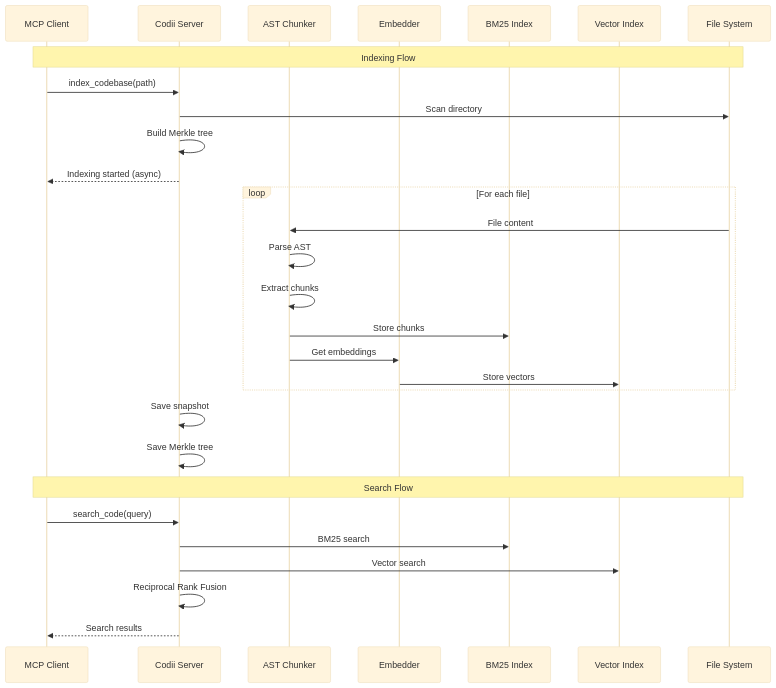
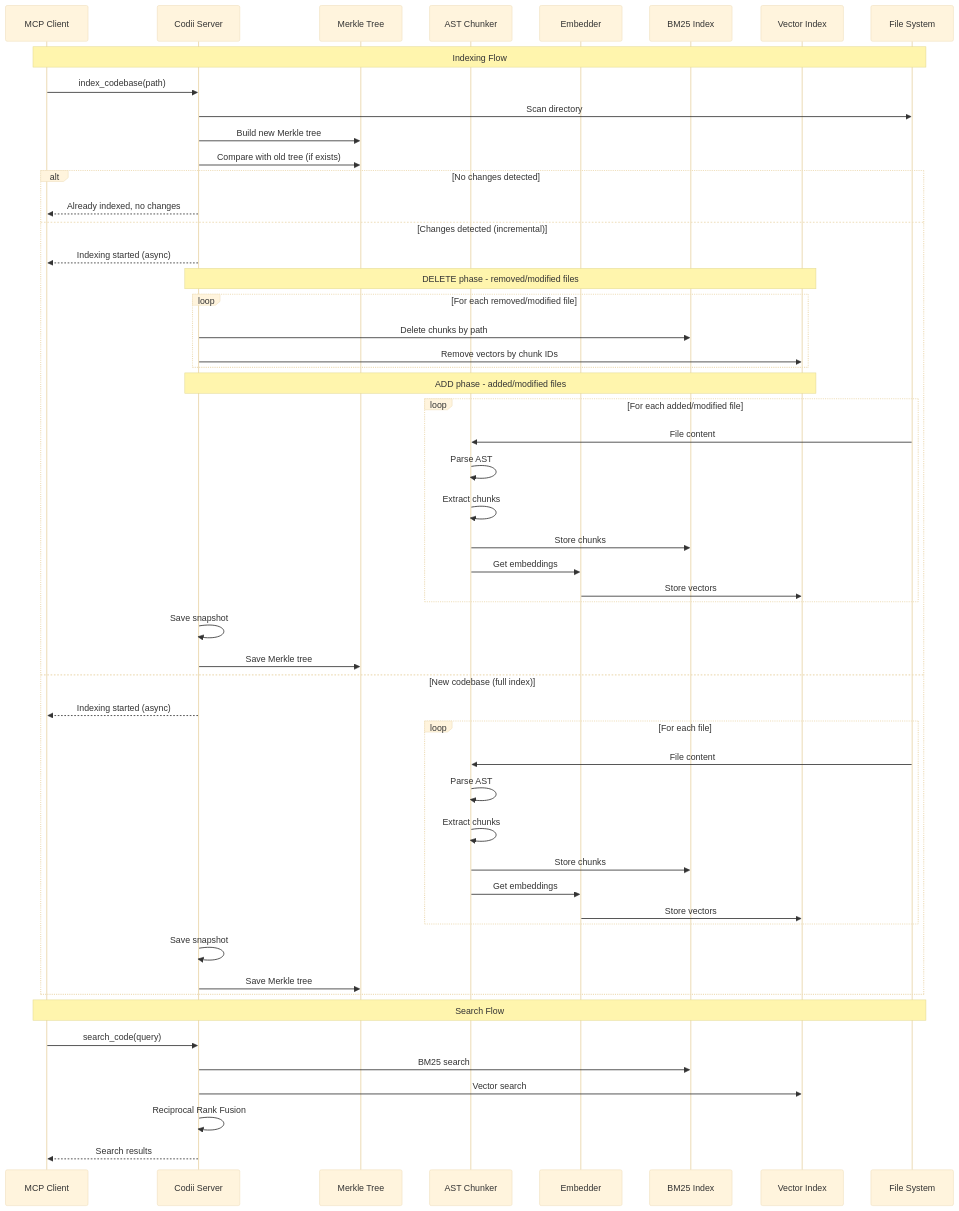
The second of 2 diagrams in README.md (oOSomnus/codii), drawn with Mermaid (base theme) before and after one commit. The commit also changed other lines of this file and 5 other files, not shown here.

First line of the commit message:
feat(indexing): add incremental update support with Merkle tree diff

````diff
--- a/README.md
+++ b/README.md
@@ -67,35 +67,63 @@
 ```mermaid
 sequenceDiagram
     participant C as MCP Client
     participant S as Codii Server
+    participant MK as Merkle Tree
     participant CH as AST Chunker
     participant EM as Embedder
     participant BM25 as BM25 Index
     participant VEC as Vector Index
     participant FS as File System
 
     Note over C,FS: Indexing Flow
     C->>S: index_codebase(path)
     S->>FS: Scan directory
-    S->>S: Build Merkle tree
-    S-->>C: Indexing started (async)
+    S->>MK: Build new Merkle tree
+    S->>MK: Compare with old tree (if exists)
 
-    loop For each file
-        FS->>CH: File content
-        CH->>CH: Parse AST
-        CH->>CH: Extract chunks
-        CH->>BM25: Store chunks
-        CH->>EM: Get embeddings
-        EM->>VEC: Store vectors
+    alt No changes detected
+        S-->>C: Already indexed, no changes
+    else Changes detected (incremental)
+        S-->>C: Indexing started (async)
+
+        Note over S,VEC: DELETE phase - removed/modified files
+        loop For each removed/modified file
+            S->>BM25: Delete chunks by path
+            S->>VEC: Remove vectors by chunk IDs
+        end
+
+        Note over S,VEC: ADD phase - added/modified files
+        loop For each added/modified file
+            FS->>CH: File content
+            CH->>CH: Parse AST
+            CH->>CH: Extract chunks
+            CH->>BM25: Store chunks
+            CH->>EM: Get embeddings
+            EM->>VEC: Store vectors
+        end
+
+        S->>S: Save snapshot
+        S->>MK: Save Merkle tree
+    else New codebase (full index)
+        S-->>C: Indexing started (async)
+
+        loop For each file
+            FS->>CH: File content
+            CH->>CH: Parse AST
+            CH->>CH: Extract chunks
+            CH->>BM25: Store chunks
+            CH->>EM: Get embeddings
+            EM->>VEC: Store vectors
+        end
+
+        S->>S: Save snapshot
+        S->>MK: Save Merkle tree
     end
-
-    S->>S: Save snapshot
-    S->>S: Save Merkle tree
 
     Note over C,FS: Search Flow
     C->>S: search_code(query)
     S->>BM25: BM25 search
     S->>VEC: Vector search
     S->>S: Reciprocal Rank Fusion
     S-->>C: Search results
 ```
````
